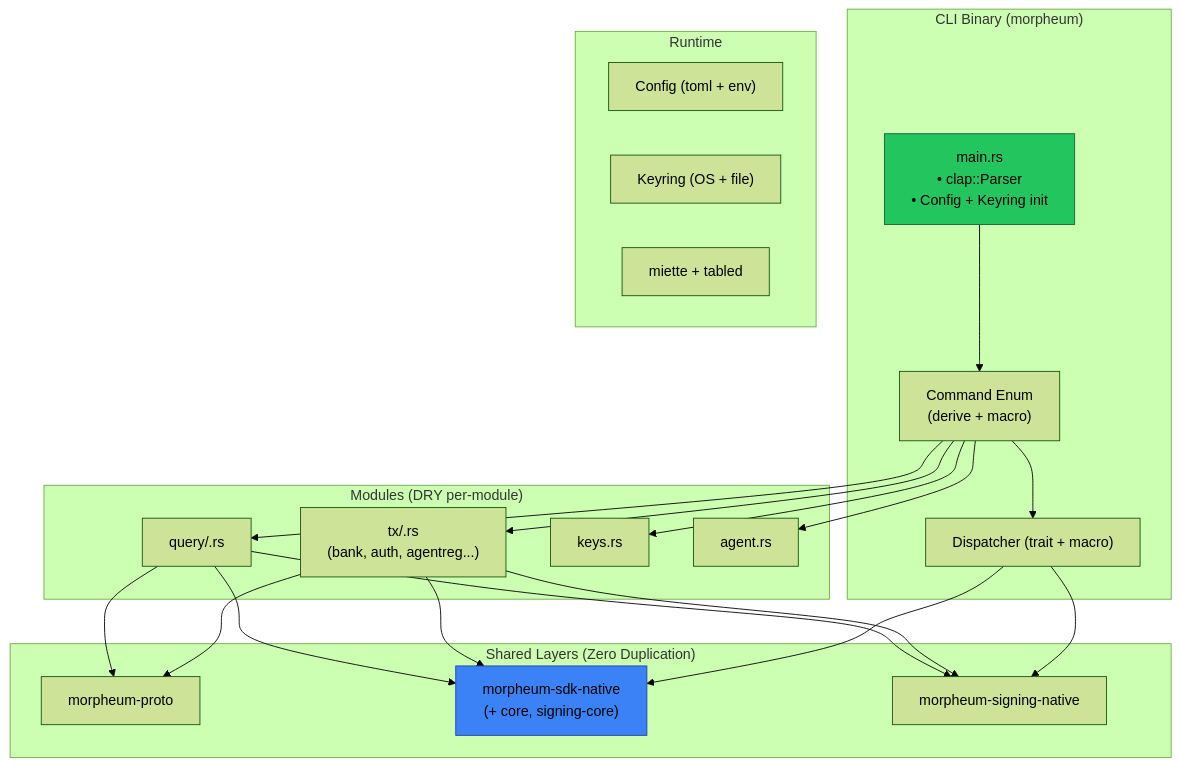
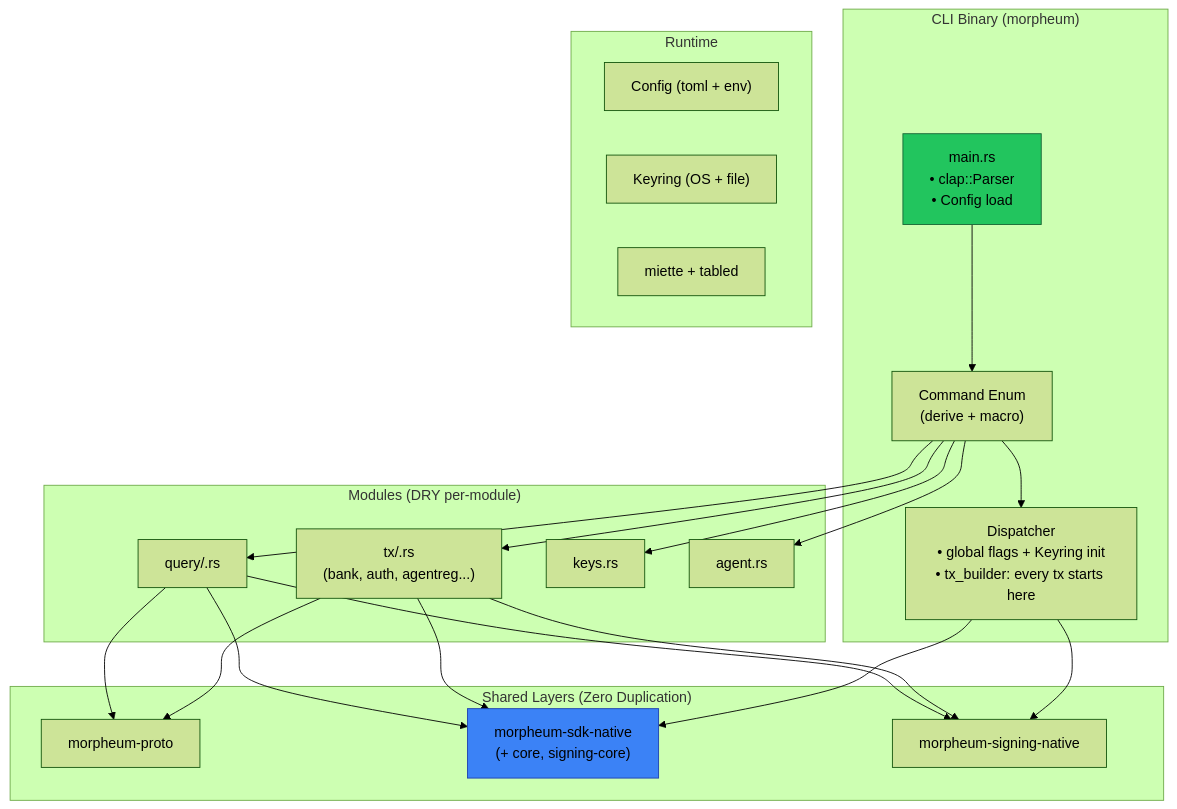
Before and after one commit to morpheum-labs/morpheum-cli: the first of 3 diagrams in architecture.md, drawn with Mermaid (forest theme). The commit also changed 11 other files, not shown here.

````diff
--- a/architecture.md
+++ b/architecture.md
@@ -46,34 +46,34 @@
 ```mermaid
 graph TD
     subgraph "CLI Binary (morpheum)"
-        Entry["main.rs<br/>• clap::Parser<br/>• Config + Keyring init"]
+        Entry["main.rs<br/>• clap::Parser<br/>• Config load"]
         Cmd["Command Enum<br/>(derive + macro)"]
-        Dispatch["Dispatcher (trait + macro)"]
+        Dispatch["Dispatcher<br/>• global flags + Keyring init<br/>• tx_builder: every tx starts here"]
     end
 
     subgraph "Shared Layers (Zero Duplication)"
         P["morpheum-proto"]
         SDK["morpheum-sdk-native<br/>(+ core, signing-core)"]
         Sign["morpheum-signing-native"]
     end
 
     subgraph "Modules (DRY per-module)"
         Tx["tx/<module>.rs<br/>(bank, auth, agentreg...)"]
         Query["query/<module>.rs"]
         Keys["keys.rs"]
         Agent["agent.rs"]
     end
 
     subgraph "Runtime"
         Config["Config (toml + env)"]
         Keyring["Keyring (OS + file)"]
         Output["miette + tabled"]
     end
 
     Entry --> Cmd --> Dispatch
     Cmd --> Tx & Query & Keys & Agent
     Dispatch --> SDK & Sign
     Tx & Query --> P & SDK & Sign
     style Entry fill:#22c55e,stroke:#166534
     style SDK fill:#3b82f6,stroke:#1e40af
 ```
````
